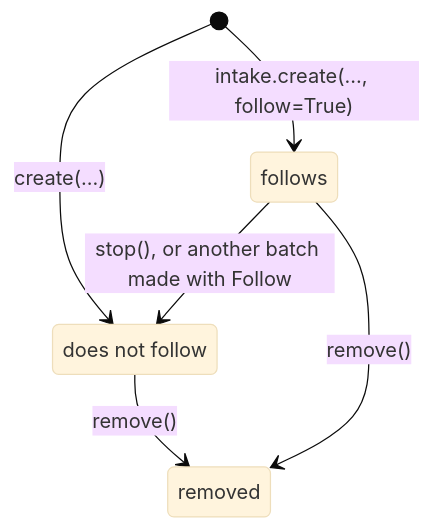
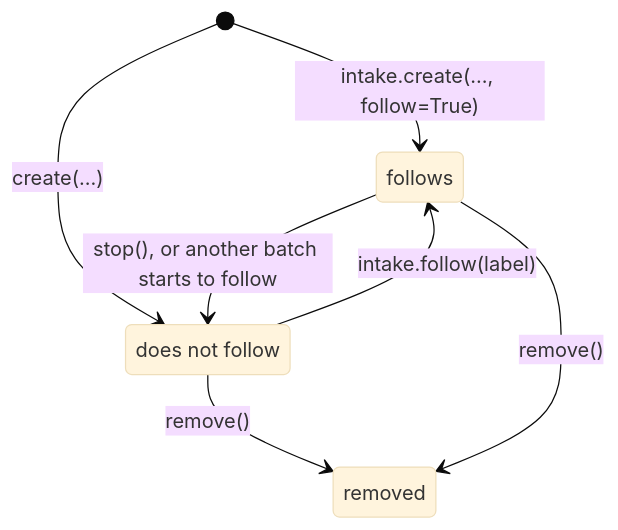
The fourth of 5 diagrams in packages/essapps/docs/batch.md (scipp/essapps), drawn with Mermaid (base theme) before and after one commit. The commit also changed other lines of this file and 6 other files, not shown here.

First line of the commit message:
Let a batch that stopped following follow again

````diff
--- a/packages/essapps/docs/batch.md
+++ b/packages/essapps/docs/batch.md
@@ -553,10 +555,11 @@
 ```mermaid
 stateDiagram-v2
     follows: follows
     still: does not follow
     [*] --> still: create(...)
     [*] --> follows: intake.create(..., follow=True)
-    follows --> still: stop(), or another batch made with Follow
+    still --> follows: intake.follow(label)
+    follows --> still: stop(), or another batch starts to follow
     still --> removed: remove()
     follows --> removed: remove()
 ```
````
